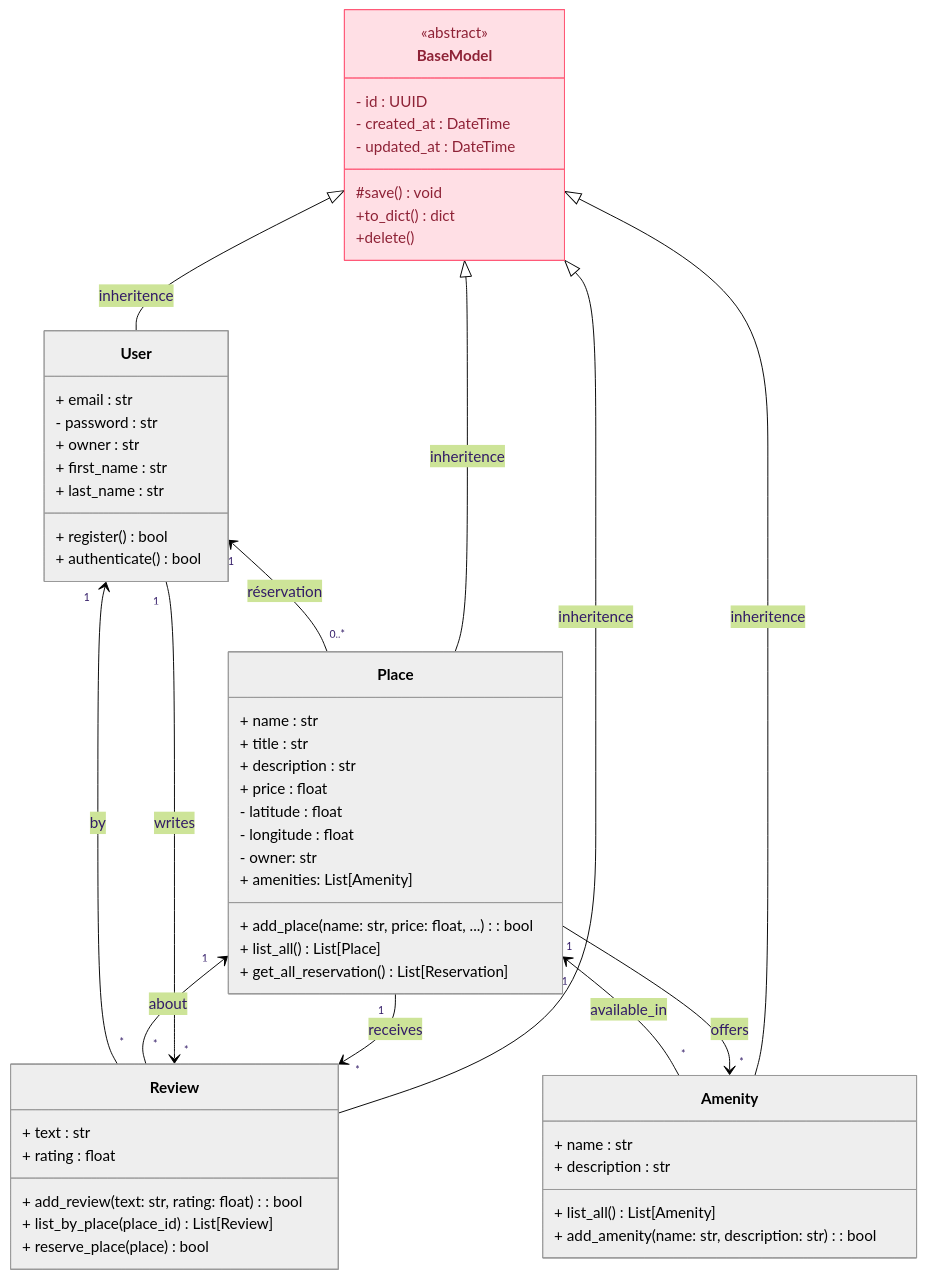
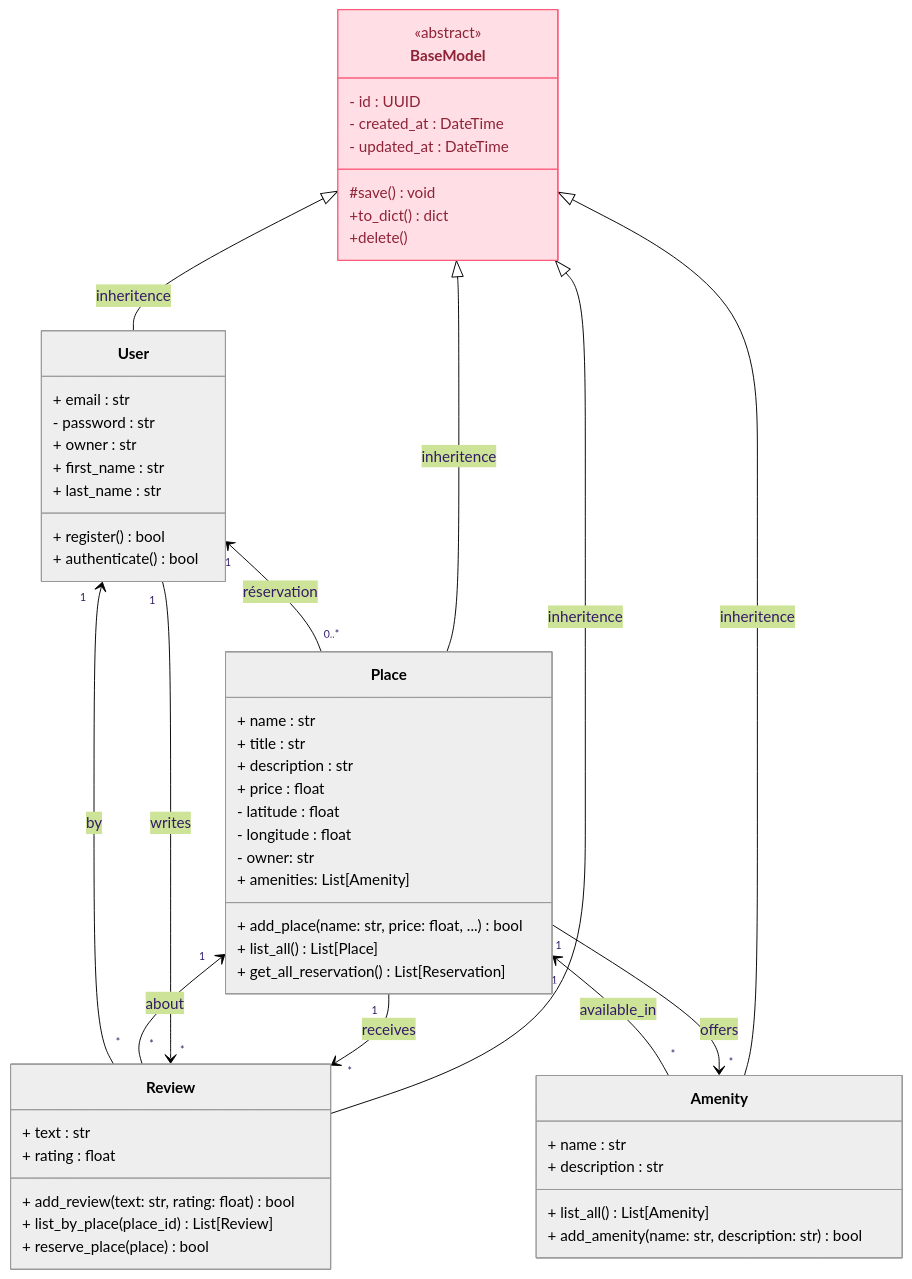
One commit to Ravou/holbertonschool-hbnb changed the diagram in Part1/Class_Diagram_BLL.md. Above: the diagram before and after it, drawn with Mermaid (forest theme). The commit also changed 1 other file, not shown here.

```diff
--- a/Part1/Class_Diagram_BLL.md
+++ b/Part1/Class_Diagram_BLL.md
@@ -13,7 +13,7 @@
     class Review {
 	    + text : str
 	    + rating : float
-		+ add_review(text: str, rating: float) : bool
+		+ add_review(text: str, rating: float) bool
 	    + list_by_place(place_id) List[Review]
 		+ reserve_place(place)  bool
     }
@@ -22,7 +22,7 @@
 	    + name : str
 	    + description : str
 	    + list_all() List[Amenity]
-		+ add_amenity(name: str, description: str) : bool
+		+ add_amenity(name: str, description: str)  bool
     }
 
     class Place {
@@ -34,7 +34,7 @@
 	    - longitude : float
 	    - owner: str
 	    + amenities: List[Amenity]
-		+ add_place(name: str, price: float, ...) : bool
+		+ add_place(name: str, price: float, ...)  bool
 	    + list_all() List[Place]
 		+ get_all_reservation() List[Reservation]
     }
```
